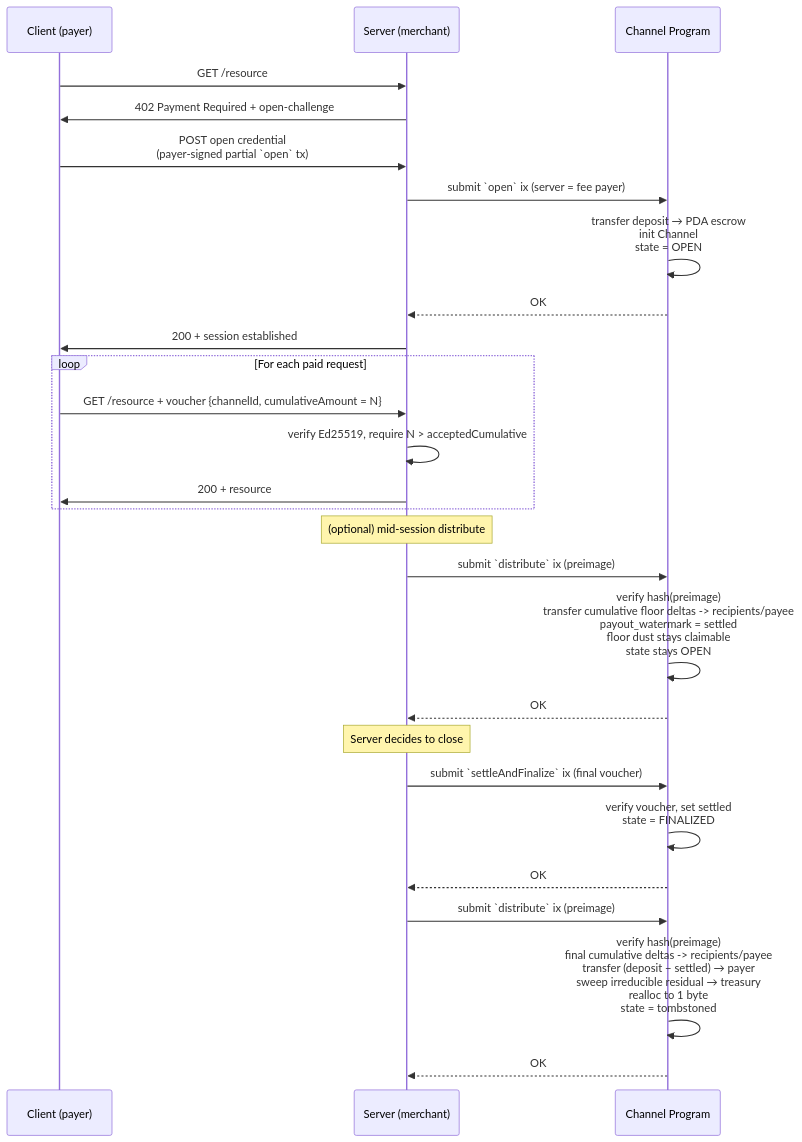
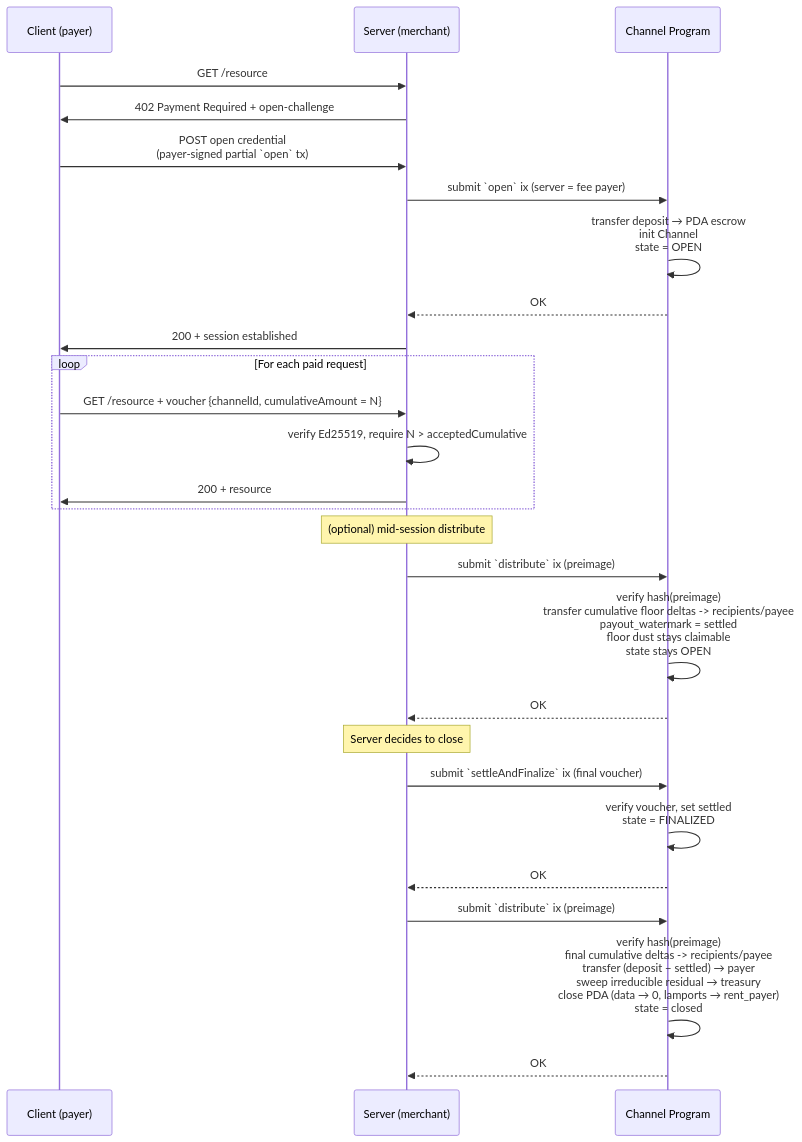
The first of 2 diagrams in docs/002-http-protocol.md (solana-foundation/payment-channels), drawn with Mermaid before and after one commit. The commit also changed other lines of this file and 70 other files, not shown here.

````diff
--- a/docs/002-http-protocol.md
+++ b/docs/002-http-protocol.md
@@ -119,35 +120,35 @@
 ```mermaid
 sequenceDiagram
     participant C as Client (payer)
     participant S as Server (merchant)
     participant P as Channel Program
 
     C->>S: GET /resource
     S->>C: 402 Payment Required + open-challenge
 
     C->>S: POST open credential<br/>(payer-signed partial `open` tx)
     S->>P: submit `open` ix (server = fee payer)
     P->>P: transfer deposit → PDA escrow<br/>init Channel<br/>state = OPEN
     P-->>S: OK
     S->>C: 200 + session established
 
     loop For each paid request
         C->>S: GET /resource + voucher {channelId, cumulativeAmount = N}
         S->>S: verify Ed25519, require N > acceptedCumulative
         S->>C: 200 + resource
     end
 
     Note over S: (optional) mid-session distribute
     S->>P: submit `distribute` ix (preimage)
     P->>P: verify hash(preimage)<br/>transfer cumulative floor deltas -> recipients/payee<br/>payout_watermark = settled<br/>floor dust stays claimable<br/>state stays OPEN
     P-->>S: OK
 
     Note over S: Server decides to close
     S->>P: submit `settleAndFinalize` ix (final voucher)
     P->>P: verify voucher, set settled<br/>state = FINALIZED
     P-->>S: OK
 
     S->>P: submit `distribute` ix (preimage)
-    P->>P: verify hash(preimage)<br/>final cumulative deltas -> recipients/payee<br/>transfer (deposit − settled) → payer<br/>sweep irreducible residual → treasury<br/>realloc to 1 byte<br/>state = tombstoned
+    P->>P: verify hash(preimage)<br/>final cumulative deltas -> recipients/payee<br/>transfer (deposit − settled) → payer<br/>sweep irreducible residual → treasury<br/>close PDA (data → 0, lamports → rent_payer)<br/>state = closed
     P-->>S: OK
 ```
````
